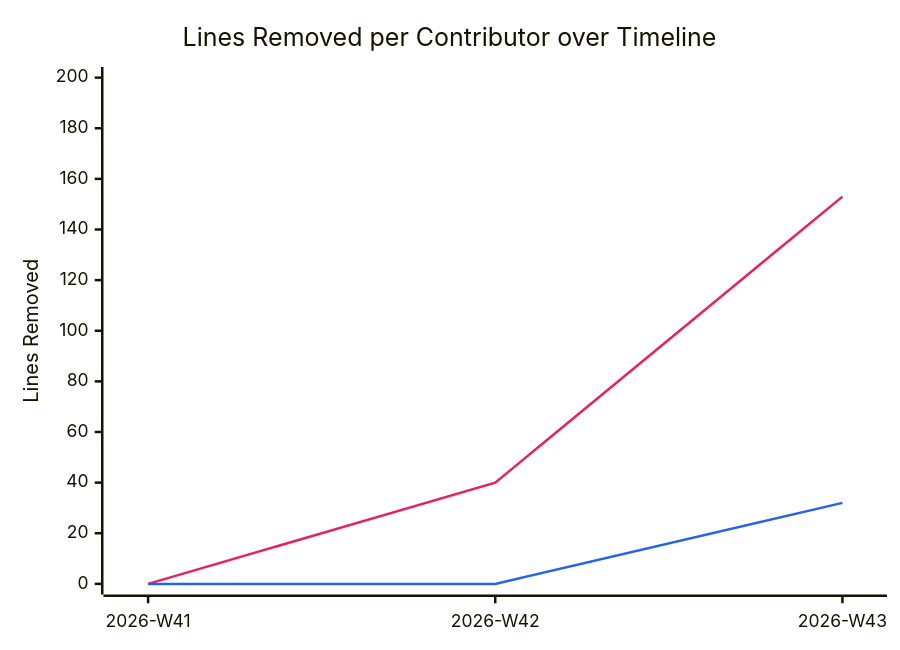
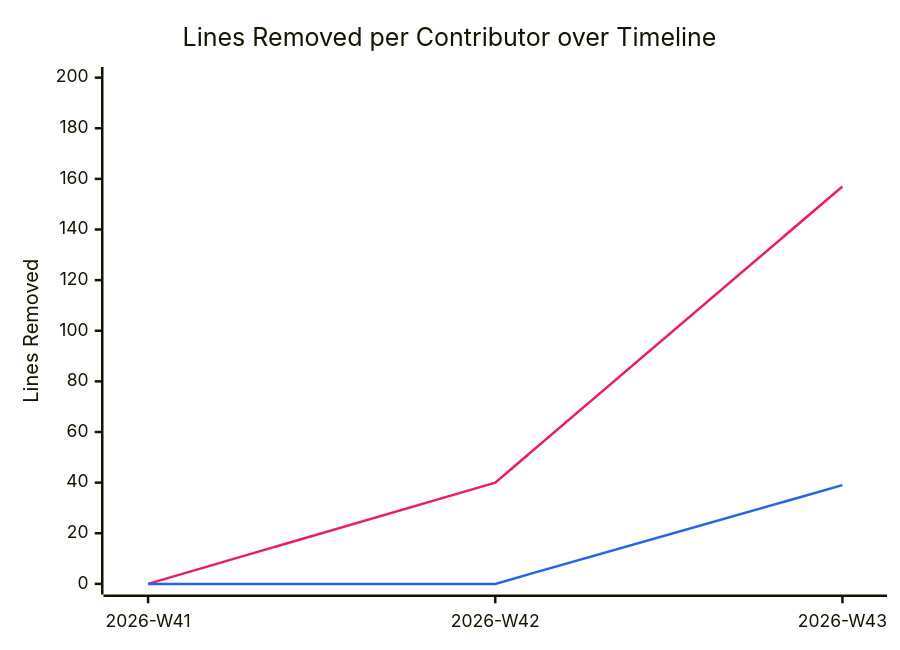
One commit to BeyondMagic/swe-template changed the diagram in documentation/snippets/management/code-deletions.mmd. Above: the diagram before and after it, drawn with Mermaid. The commit also changed 2 other files, not shown here.

```diff
--- a/documentation/snippets/management/code-deletions.mmd
+++ b/documentation/snippets/management/code-deletions.mmd
@@ -1,7 +1,7 @@
 %%{init: {"themeVariables": {"xyChart": {"plotColorPalette": "#e91e63, #2563eb"}}}}%%
 xychart-beta
     title "Lines Removed per Contributor over Timeline"
     x-axis ["2026-W41", "2026-W42", "2026-W43"]
     y-axis "Lines Removed" 0 --> 200
-    line [0, 40, 153]
-    line [0, 0, 32]
+    line [0, 40, 157]
+    line [0, 0, 39]
```
